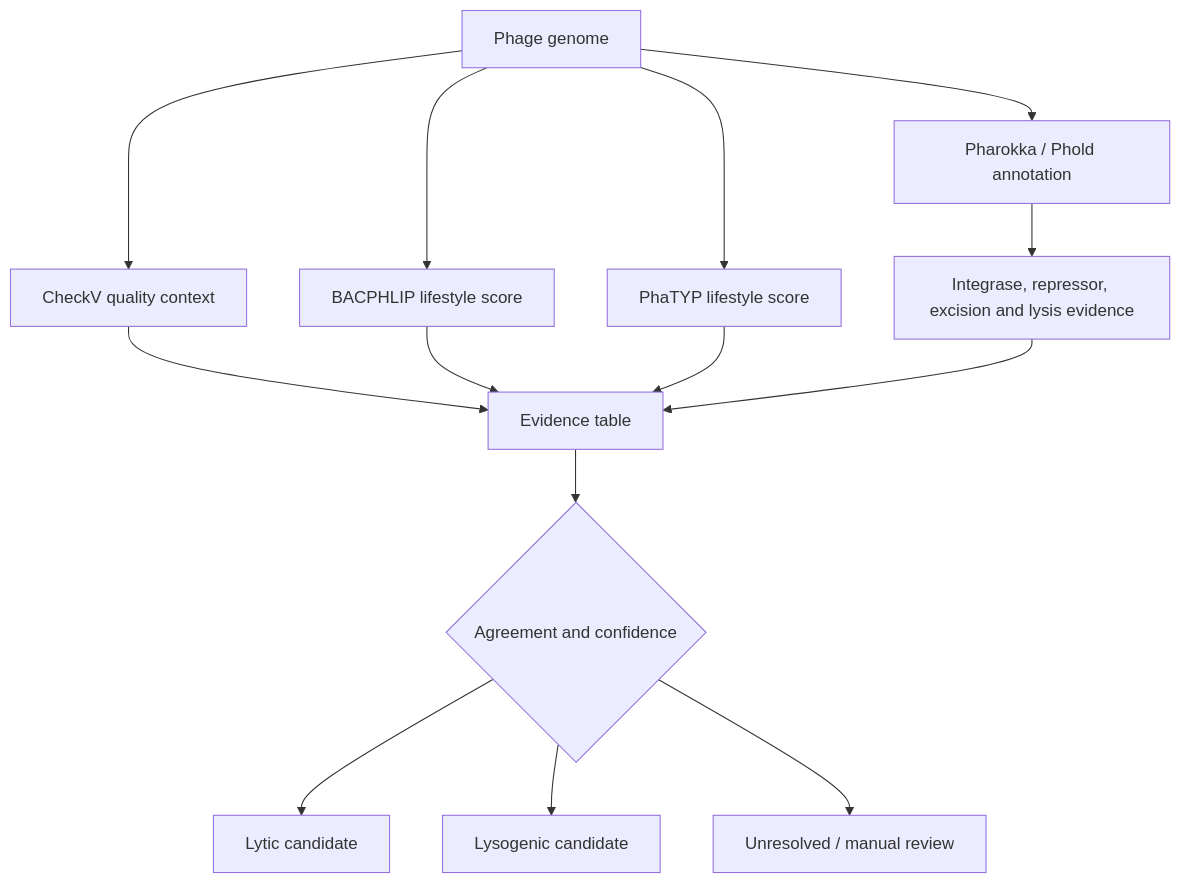
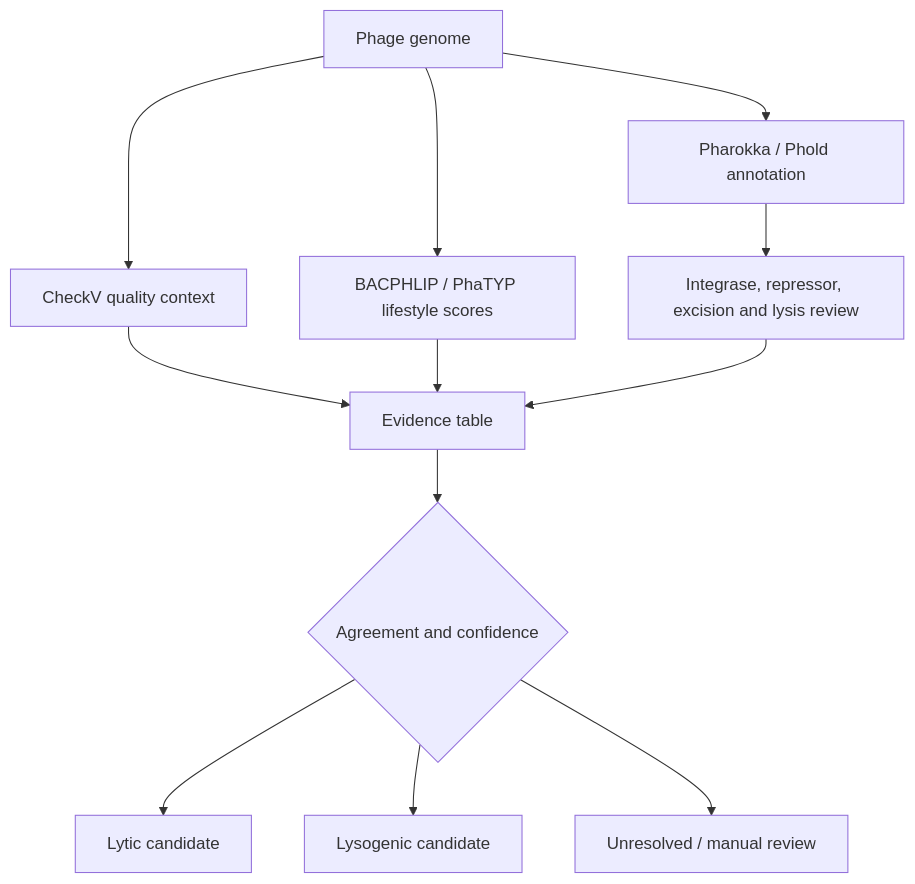
One commit to Bruce-BC/bruce-bc.github.io changed the first of 2 diagrams in _projects/phage-lifestyle-evidence-prototype.md. Above: the diagram before and after it, drawn with Mermaid. The commit also changed other lines of this file and 19 other files, not shown here.

````diff
--- a/_projects/phage-lifestyle-evidence-prototype.md
+++ b/_projects/phage-lifestyle-evidence-prototype.md
@@ -20,16 +22,15 @@
 ```mermaid
 flowchart TD
-    A[Phage genome] --> B[CheckV quality context]
-    A --> C[Pharokka / Phold annotation]
-    A --> D[BACPHLIP lifestyle score]
-    A --> E[PhaTYP lifestyle score]
-    C --> F[Integrase, repressor, excision and lysis evidence]
-    B --> G[Evidence table]
-    D --> G
-    E --> G
-    F --> G
-    G --> H{Agreement and confidence}
-    H --> I[Lytic candidate]
-    H --> J[Lysogenic candidate]
-    H --> K[Unresolved / manual review]
+    phage_genome[Phage genome] --> checkv_quality_context[CheckV quality context]
+    phage_genome --> annotation_evidence[Pharokka / Phold annotation]
+    phage_genome --> lifestyle_scores[BACPHLIP / PhaTYP lifestyle scores]
+    annotation_evidence --> hallmark_gene_review[Integrase, repressor, excision and lysis review]
+    checkv_quality_context --> evidence_table[Evidence table]
+    lifestyle_scores --> evidence_table
+    hallmark_gene_review --> evidence_table
+    evidence_table --> agreement_confidence{Agreement and confidence}
+    agreement_confidence --> lytic_candidate[Lytic candidate]
+    agreement_confidence --> lysogenic_candidate[Lysogenic candidate]
+    agreement_confidence --> unresolved_review[Unresolved / manual review]
+    class checkv_quality_context,annotation_evidence,lifestyle_scores,hallmark_gene_review,evidence_table,agreement_confidence project-tool-node
 ```
````
